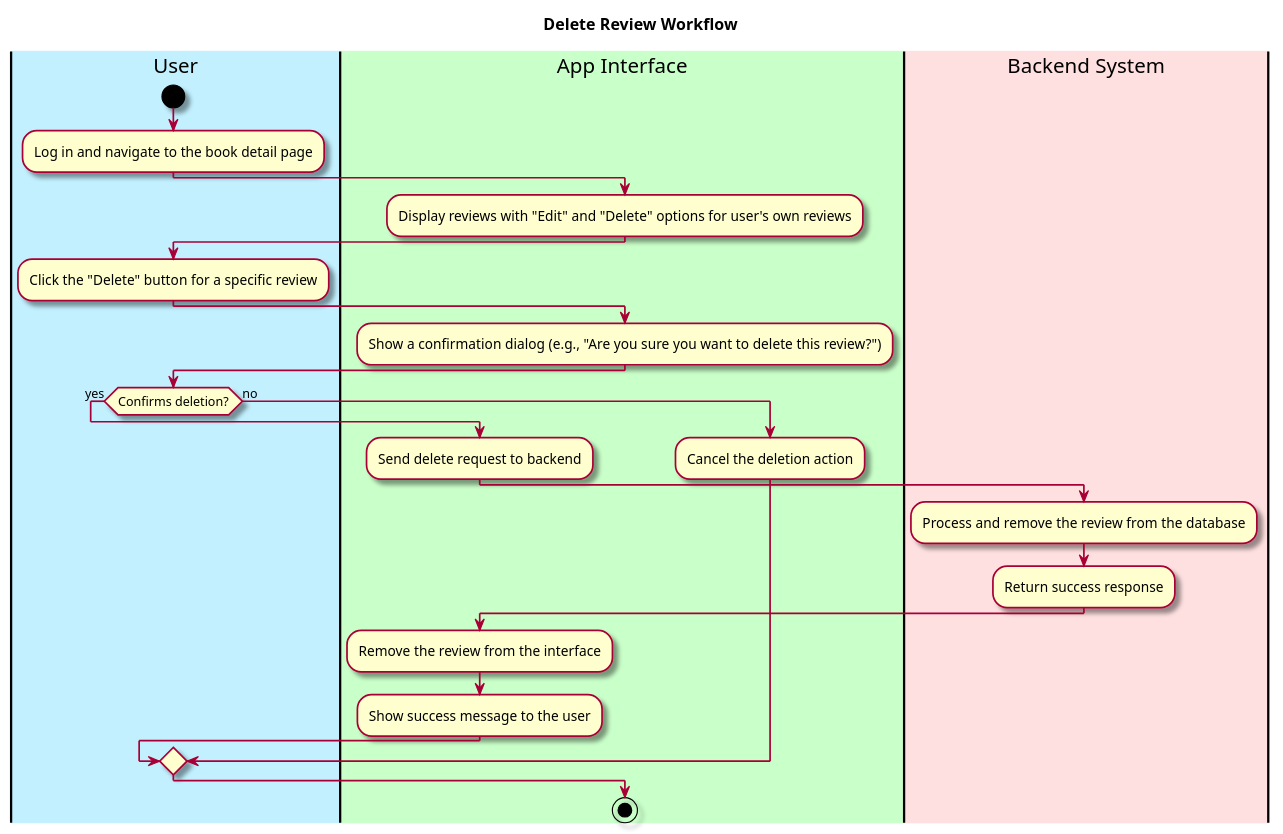
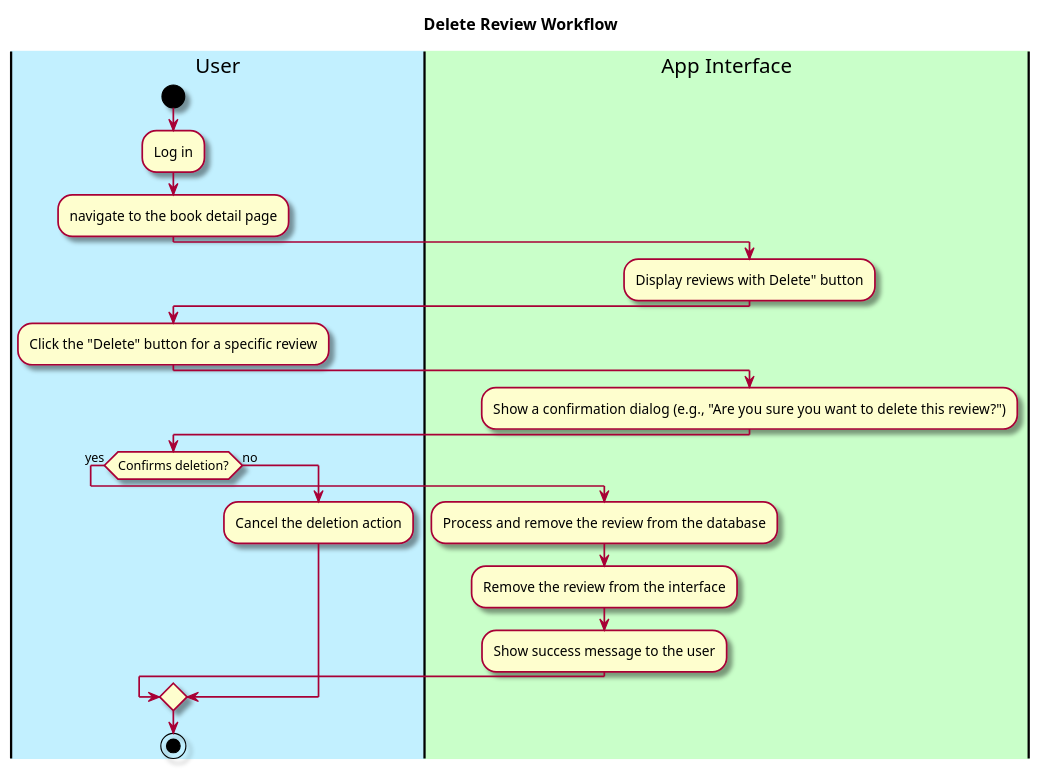
Before and after one commit to Khurshid03/team-2b: the second of 2 diagrams in intellij/doc/use-cases/manage-reviews.md, drawn with PlantUML. The commit also changed other lines of this file and 5 other files, not shown here.

Commit message:
Edit the use case diagrams for multiple use cases

````diff
--- a/intellij/doc/use-cases/manage-reviews.md
+++ b/intellij/doc/use-cases/manage-reviews.md
@@ -96,43 +89,39 @@
 ```plantuml
 @startuml
 
 skin rose
 
 title Delete Review Workflow
 
 |#application|User|
 |#technology|App Interface|
-|#Implementation|Backend System|
 
 |User|
 start
-:Log in and navigate to the book detail page;
+:Log in;
+:navigate to the book detail page;
 
 |App Interface|
-:Display reviews with "Edit" and "Delete" options for user's own reviews;
+:Display reviews with Delete" button;
 
 |User|
 :Click the "Delete" button for a specific review;
 
 |App Interface|
 :Show a confirmation dialog (e.g., "Are you sure you want to delete this review?");
 
 |User|
 if (Confirms deletion?) then (yes)
   |App Interface|
-  :Send delete request to backend;
-  |Backend System|
   :Process and remove the review from the database;
-  :Return success response;
-  |App Interface|
   :Remove the review from the interface;
   :Show success message to the user;
 else (no)
-  |App Interface|
+  |User|
   :Cancel the deletion action;
 endif
 
 stop
 
 @enduml
 ```
````
